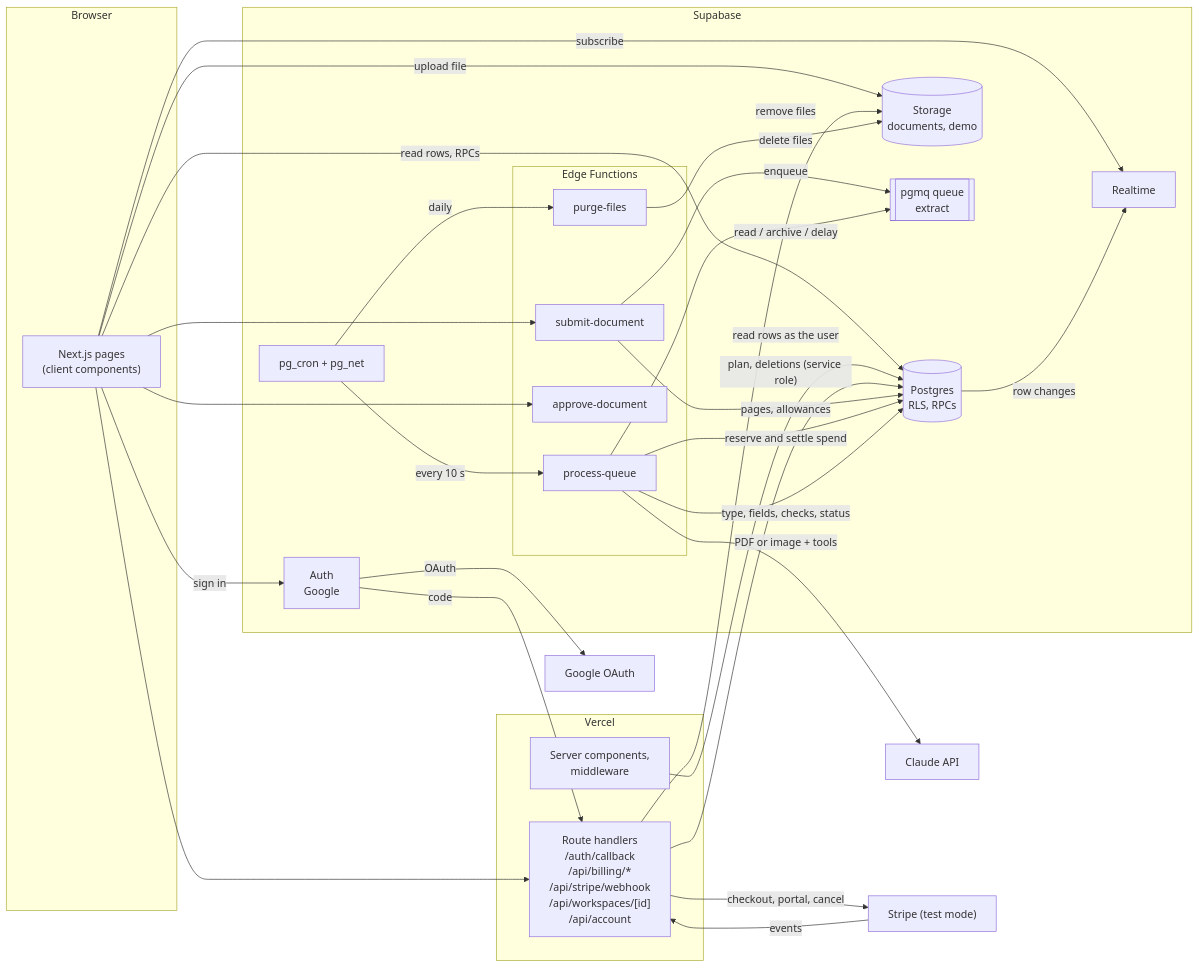
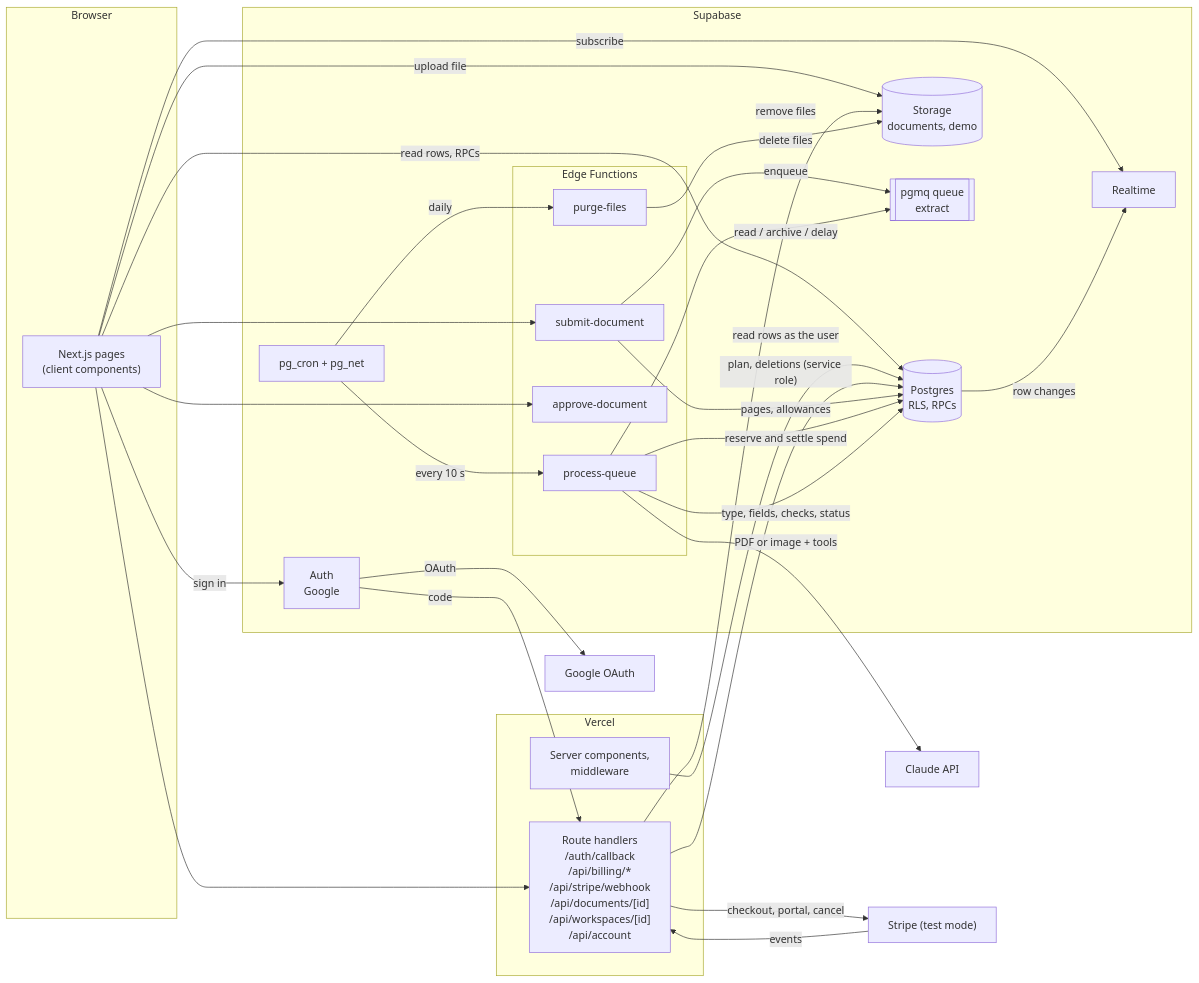
The first of 3 diagrams in docs/ARCHITECTURE.md (LucaFastDev/doc-extract), drawn with Mermaid before and after one commit. The commit also changed other lines of this file and 1 other file, not shown here.

First line of the commit message:
Add single-document delete to the PRD and architecture

````diff
--- a/docs/ARCHITECTURE.md
+++ b/docs/ARCHITECTURE.md
@@ -27,50 +27,50 @@
 ```mermaid
 flowchart LR
   subgraph Browser
     UI["Next.js pages<br/>(client components)"]
   end
   subgraph Vercel
     SC["Server components,<br/>middleware"]
-    RH["Route handlers<br/>/auth/callback<br/>/api/billing/*<br/>/api/stripe/webhook<br/>/api/workspaces/[id]<br/>/api/account"]
+    RH["Route handlers<br/>/auth/callback<br/>/api/billing/*<br/>/api/stripe/webhook<br/>/api/documents/[id]<br/>/api/workspaces/[id]<br/>/api/account"]
   end
   subgraph Supabase
     Auth["Auth<br/>Google"]
     DB[("Postgres<br/>RLS, RPCs")]
     ST[("Storage<br/>documents, demo")]
     RT["Realtime"]
     Q[["pgmq queue<br/>extract"]]
     CRON["pg_cron + pg_net"]
     subgraph EF["Edge Functions"]
       SUB["submit-document"]
       PQ["process-queue"]
       APR["approve-document"]
       PUR["purge-files"]
     end
   end
   Claude["Claude API"]
   Google["Google OAuth"]
   Stripe["Stripe (test mode)"]
 
   UI -- sign in --> Auth -- OAuth --> Google
   Auth -- code --> RH
   UI -- upload file --> ST
   UI -- read rows, RPCs --> DB
   UI -- subscribe --> RT
   UI --> SUB & APR
   UI --> RH
   SC -- read rows as the user --> DB
   RH -- checkout, portal, cancel --> Stripe
   Stripe -- events --> RH
   RH -- plan, deletions (service role) --> DB
   RH -- remove files --> ST
   SUB -- pages, allowances --> DB
   SUB -- enqueue --> Q
   CRON -- every 10 s --> PQ
   CRON -- daily --> PUR
   PQ -- read / archive / delay --> Q
   PQ -- reserve and settle spend --> DB
   PQ -- PDF or image + tools --> Claude
   PQ -- type, fields, checks, status --> DB
   DB -- row changes --> RT
   PUR -- delete files --> ST
 ```
````
